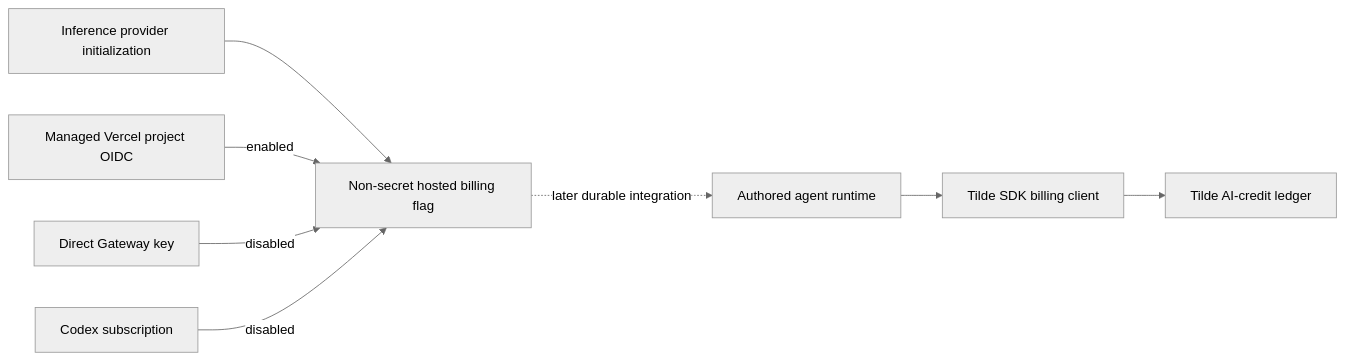
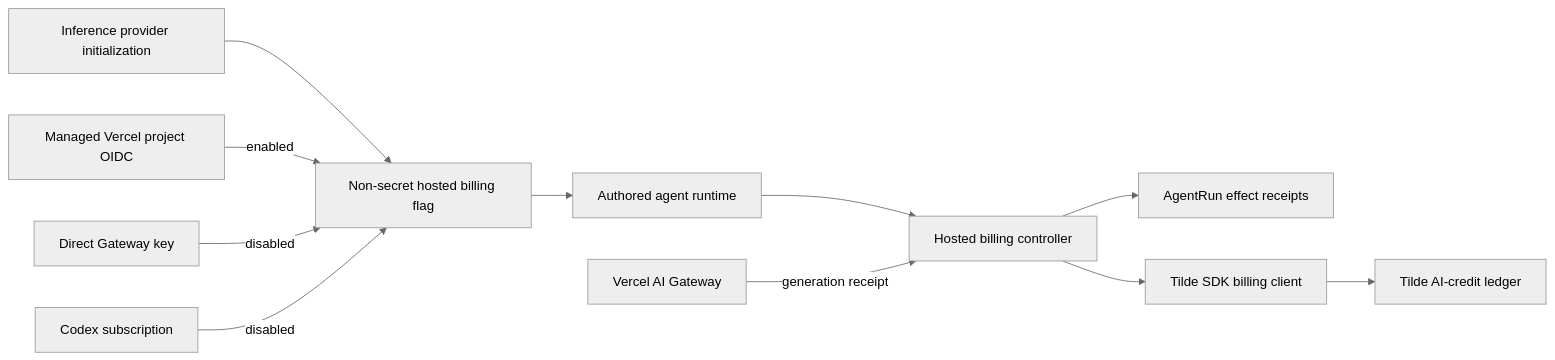
Before and after one commit to trytilde/dispatch: the diagram in docs/updates/123.md, drawn with Mermaid (neutral theme). The commit also changed other lines of this file and 17 other files, not shown here.

Commit message:
feat(inference): meter hosted Gateway calls

````diff
--- a/docs/updates/123.md
+++ b/docs/updates/123.md
@@ -15,10 +13,13 @@
 ```mermaid
 flowchart LR
     Init[Inference provider initialization] --> Flag[Non-secret hosted billing flag]
-    Agent[Authored agent runtime] --> SDK[Tilde SDK billing client]
+    Agent[Authored agent runtime] --> Controller[Hosted billing controller]
+    Controller --> Effects[AgentRun effect receipts]
+    Controller --> SDK[Tilde SDK billing client]
     SDK --> Billing[Tilde AI-credit ledger]
+    Gateway[Vercel AI Gateway] -->|generation receipt| Controller
     Managed[Managed Vercel project OIDC] -->|enabled| Flag
     Direct[Direct Gateway key] -->|disabled| Flag
     Codex[Codex subscription] -->|disabled| Flag
-    Flag -. later durable integration .-> Agent
+    Flag --> Agent
 ```
````
